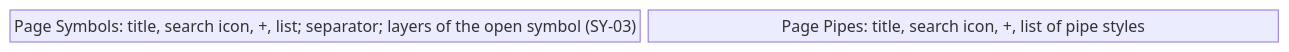
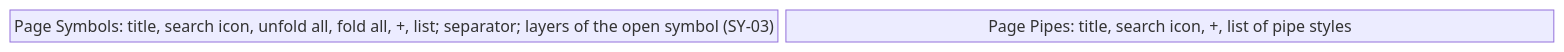
Before and after one commit to AlexandreGallais/synoptic-studio-spec: the second of 14 diagrams in screens/symbols.md, drawn with Mermaid. The commit also changed other lines of this file and 2 other files, not shown here.

Commit message:
docs(symbols): add fold all to the symbols tree and list the test screens by row
- screens/symbols.md: SY-02.15, unfold all and fold all on the title "Symbols"
- symbols/01-libraries-and-symbols.md: the same buttons in the left-hand panel
- design-system/04-figma-file.md: the test section in rows, one drawing-mode screen per tool, with their ids

````diff
--- a/screens/symbols.md
+++ b/screens/symbols.md
@@ -52,6 +52,6 @@
 ```mermaid
 block-beta
     columns 2
-    sym["Page Symbols: title, search icon, +, list; separator; layers of the open symbol (SY-03)"]
+    sym["Page Symbols: title, search icon, unfold all, fold all, +, list; separator; layers of the open symbol (SY-03)"]
     pip["Page Pipes: title, search icon, +, list of pipe styles"]
 ```
````
